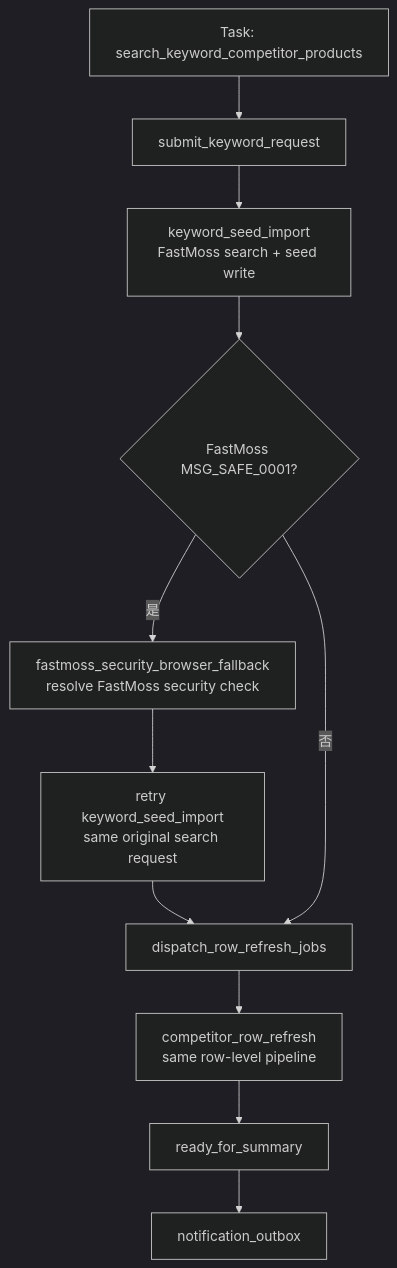
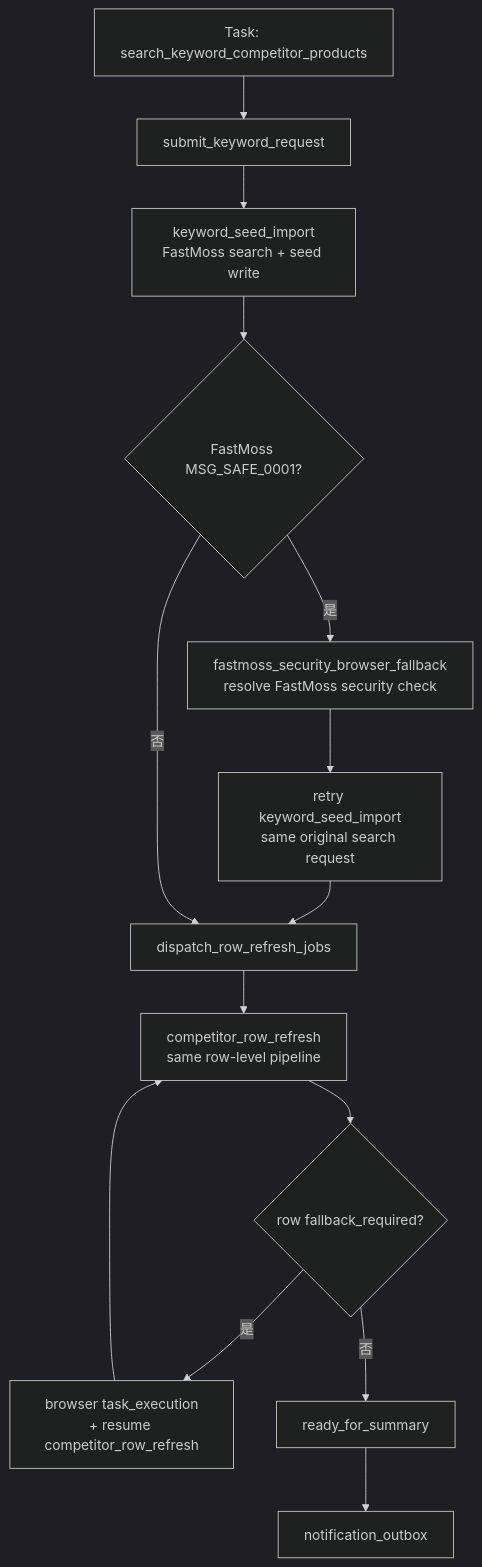
The fourth of 5 diagrams in docs/arch/workflow-competitor-table-design.md (knighterrantsky/mujitask), drawn with Mermaid (dark theme) before and after one commit. The commit also changed other lines of this file and 44 other files, not shown here.

Commit message:
Fix browser fallback resume boundaries

````diff
--- a/docs/arch/workflow-competitor-table-design.md
+++ b/docs/arch/workflow-competitor-table-design.md
@@ -202,13 +224,16 @@
 ```mermaid
 flowchart TD
     A["Task: search_keyword_competitor_products"] --> B["submit_keyword_request"]
     B --> C["keyword_seed_import<br/>FastMoss search + seed write"]
     C --> S{"FastMoss MSG_SAFE_0001?"}
     S -->|是| R["fastmoss_security_browser_fallback<br/>resolve FastMoss security check"]
     R --> C2["retry keyword_seed_import<br/>same original search request"]
     C2 --> D["dispatch_row_refresh_jobs"]
     S -->|否| D["dispatch_row_refresh_jobs"]
     D --> E["competitor_row_refresh<br/>same row-level pipeline"]
-    E --> F["ready_for_summary"]
+    E --> E1{"row fallback_required?"}
+    E1 -->|是| E2["browser task_execution<br/>+ resume competitor_row_refresh"]
+    E2 --> E
+    E1 -->|否| F["ready_for_summary"]
     F --> G["notification_outbox"]
 ```
````
